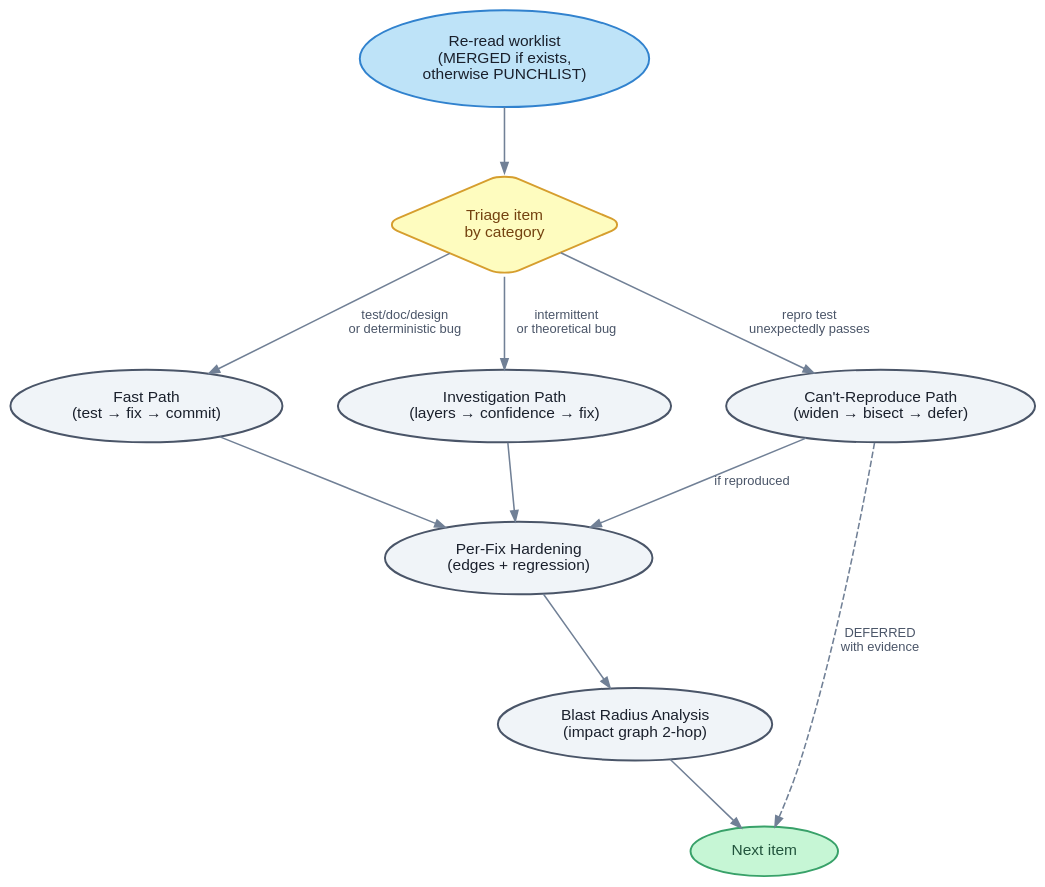
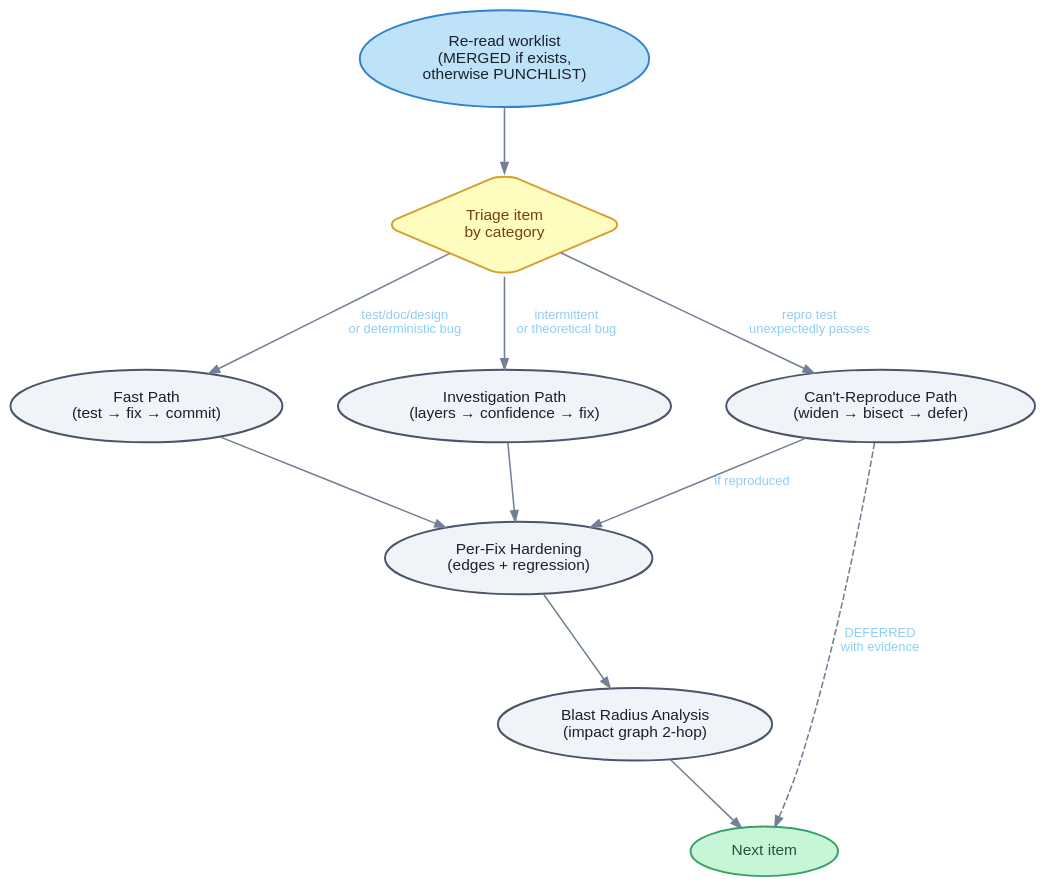
One commit to jbrjake/holtz changed the diagram in docs/diagrams/phase4-triage.dot. Above: the diagram before and after it, drawn with Graphviz. The commit also changed 9 other files, not shown here.

```diff
--- a/docs/diagrams/phase4-triage.dot
+++ b/docs/diagrams/phase4-triage.dot
@@ -1,72 +1,72 @@
 digraph {
   rankdir=TB
   bgcolor="transparent"
   pad=0.4
   nodesep=0.6
   ranksep=0.7
 
   node [
     fontname="Helvetica"
     fontsize=12
     style="filled,rounded"
     fillcolor="#f0f4f8"
     color="#4a5568"
     fontcolor="#1a202c"
     penwidth=1.5
     margin="0.15,0.1"
   ]
 
   edge [
     fontname="Helvetica"
     fontsize=10
-    fontcolor="#4a5568"
+    fontcolor="#90cdf4"
     color="#718096"
     penwidth=1.2
     arrowsize=0.8
   ]
 
   read [
     label="Re-read worklist\n(MERGED if exists,\notherwise PUNCHLIST)"
     fillcolor="#bee3f8"
     color="#3182ce"
   ]
   triage [
     label="Triage item\nby category"
     shape=diamond
     fillcolor="#fefcbf"
     color="#d69e2e"
     fontcolor="#744210"
   ]
   fast [
     label="Fast Path\n(test → fix → commit)"
   ]
   investigate [
     label="Investigation Path\n(layers → confidence → fix)"
   ]
   cantrepro [
     label="Can't-Reproduce Path\n(widen → bisect → defer)"
   ]
   harden [
     label="Per-Fix Hardening\n(edges + regression)"
   ]
   blast [
     label="Blast Radius Analysis\n(impact graph 2-hop)"
   ]
   next [
     label="Next item"
     fillcolor="#c6f6d5"
     color="#38a169"
     fontcolor="#22543d"
   ]
 
   read -> triage
   triage -> fast [label="  test/doc/design\n  or deterministic bug"]
   triage -> investigate [label="  intermittent\n  or theoretical bug"]
   triage -> cantrepro [label="  repro test\n  unexpectedly passes"]
   fast -> harden
   investigate -> harden
   cantrepro -> harden [label="if reproduced"]
   cantrepro -> next [label="DEFERRED\nwith evidence" style=dashed]
   harden -> blast
   blast -> next
 }
```
